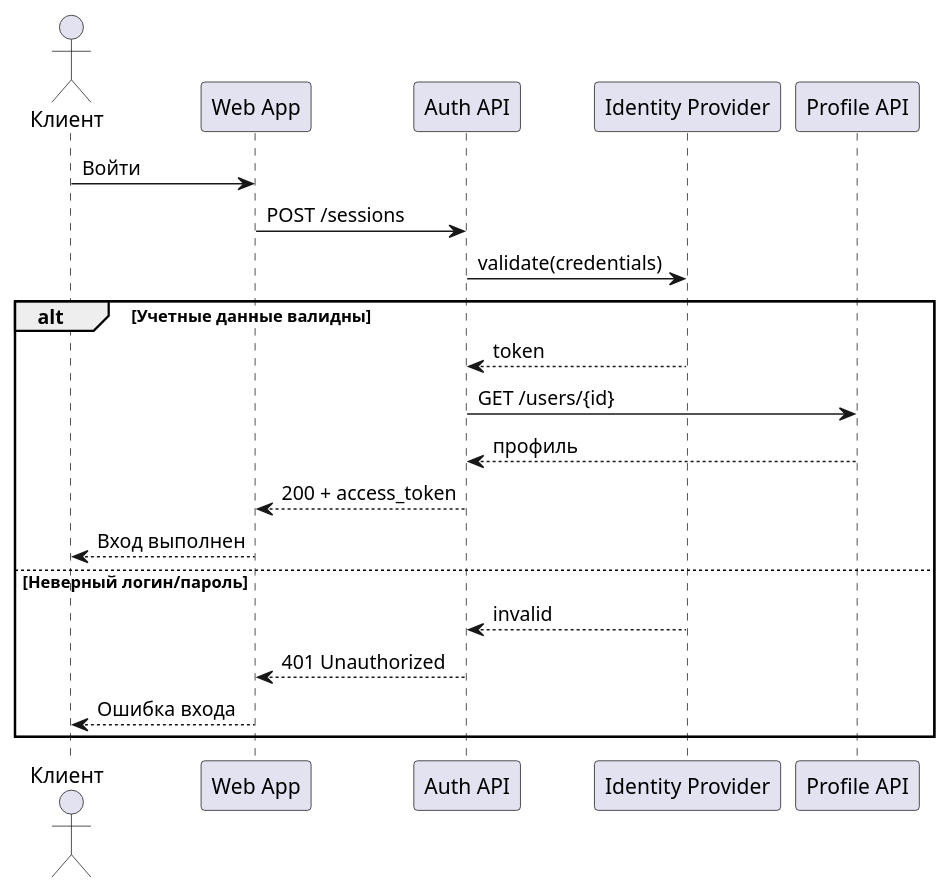
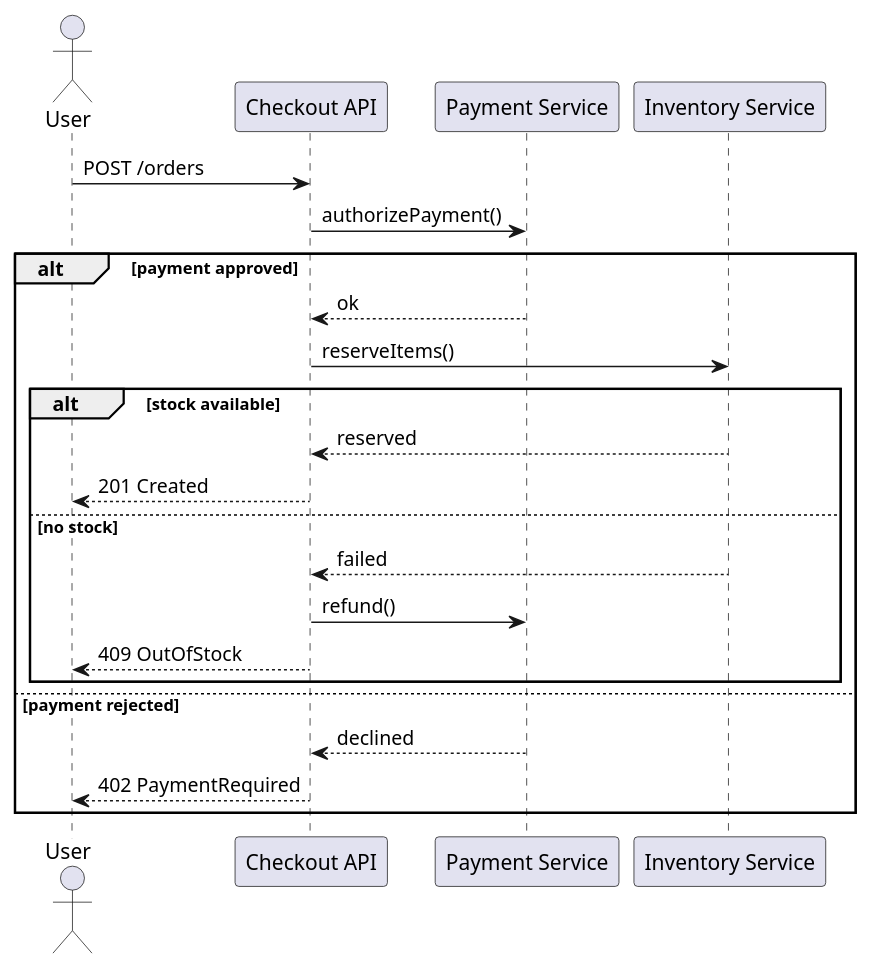
Before and after one commit to iwizy/analyst_kb: the diagram in docs/notations/uml/sequence.md, drawn with PlantUML. The commit also changed other lines of this file and 20 other files, not shown here.

````diff
--- a/docs/notations/uml/sequence.md
+++ b/docs/notations/uml/sequence.md
@@ -30,25 +38,26 @@
 ```kroki-plantuml
 @startuml
-actor Клиент
-participant "Web App" as Web
-participant "Auth API" as Auth
-participant "Identity Provider" as IdP
-participant "Profile API" as Profile
+actor User
+participant "Checkout API" as API
+participant "Payment Service" as PAY
+participant "Inventory Service" as INV
 
-Клиент -> Web : Войти
-Web -> Auth : POST /sessions
-Auth -> IdP : validate(credentials)
-
-alt Учетные данные валидны
-  IdP --> Auth : token
-  Auth -> Profile : GET /users/{id}
-  Profile --> Auth : профиль
-  Auth --> Web : 200 + access_token
-  Web --> Клиент : Вход выполнен
-else Неверный логин/пароль
-  IdP --> Auth : invalid
-  Auth --> Web : 401 Unauthorized
-  Web --> Клиент : Ошибка входа
+User -> API: POST /orders
+API -> PAY: authorizePayment()
+alt payment approved
+  PAY --> API: ok
+  API -> INV: reserveItems()
+  alt stock available
+    INV --> API: reserved
+    API --> User: 201 Created
+  else no stock
+    INV --> API: failed
+    API -> PAY: refund()
+    API --> User: 409 OutOfStock
+  end
+else payment rejected
+  PAY --> API: declined
+  API --> User: 402 PaymentRequired
 end
 @enduml
 ```
````
